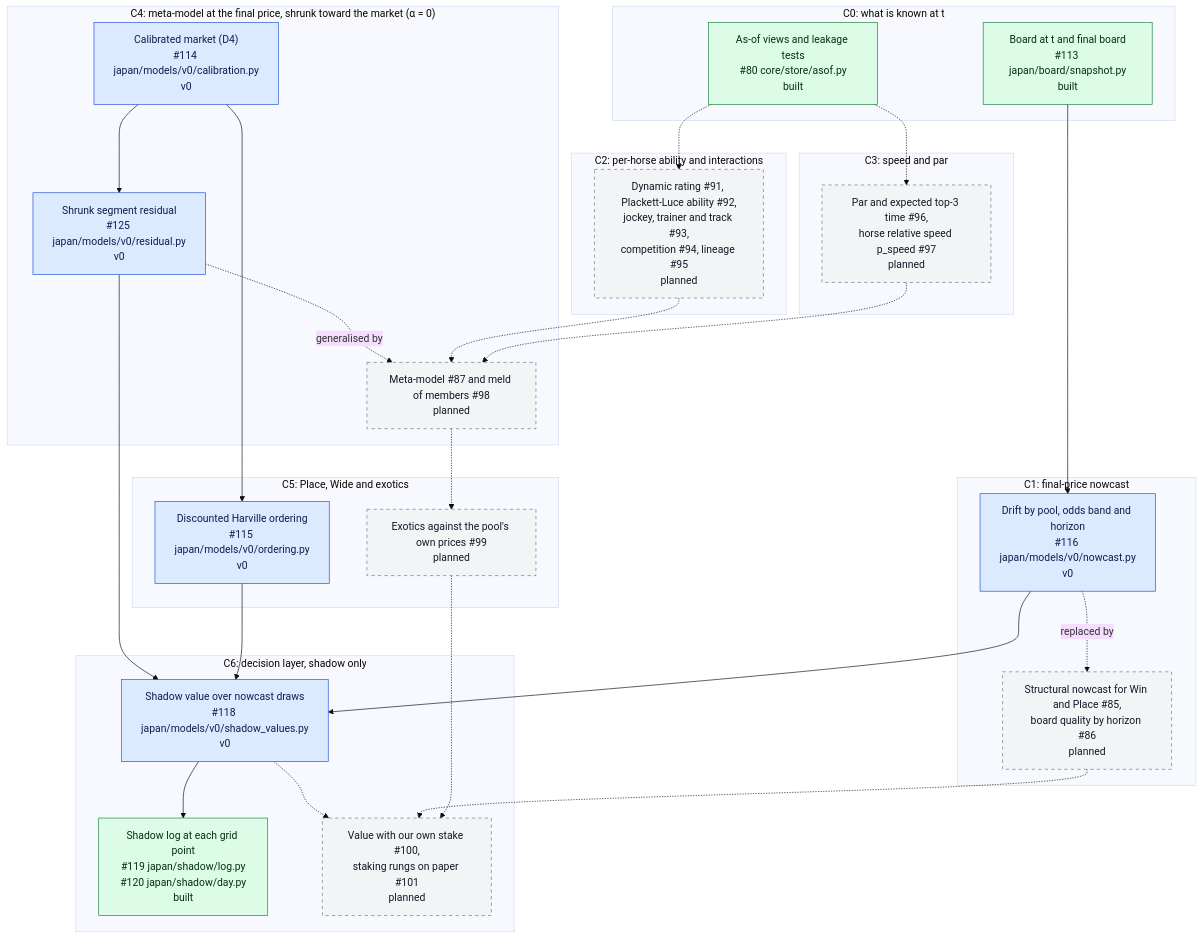
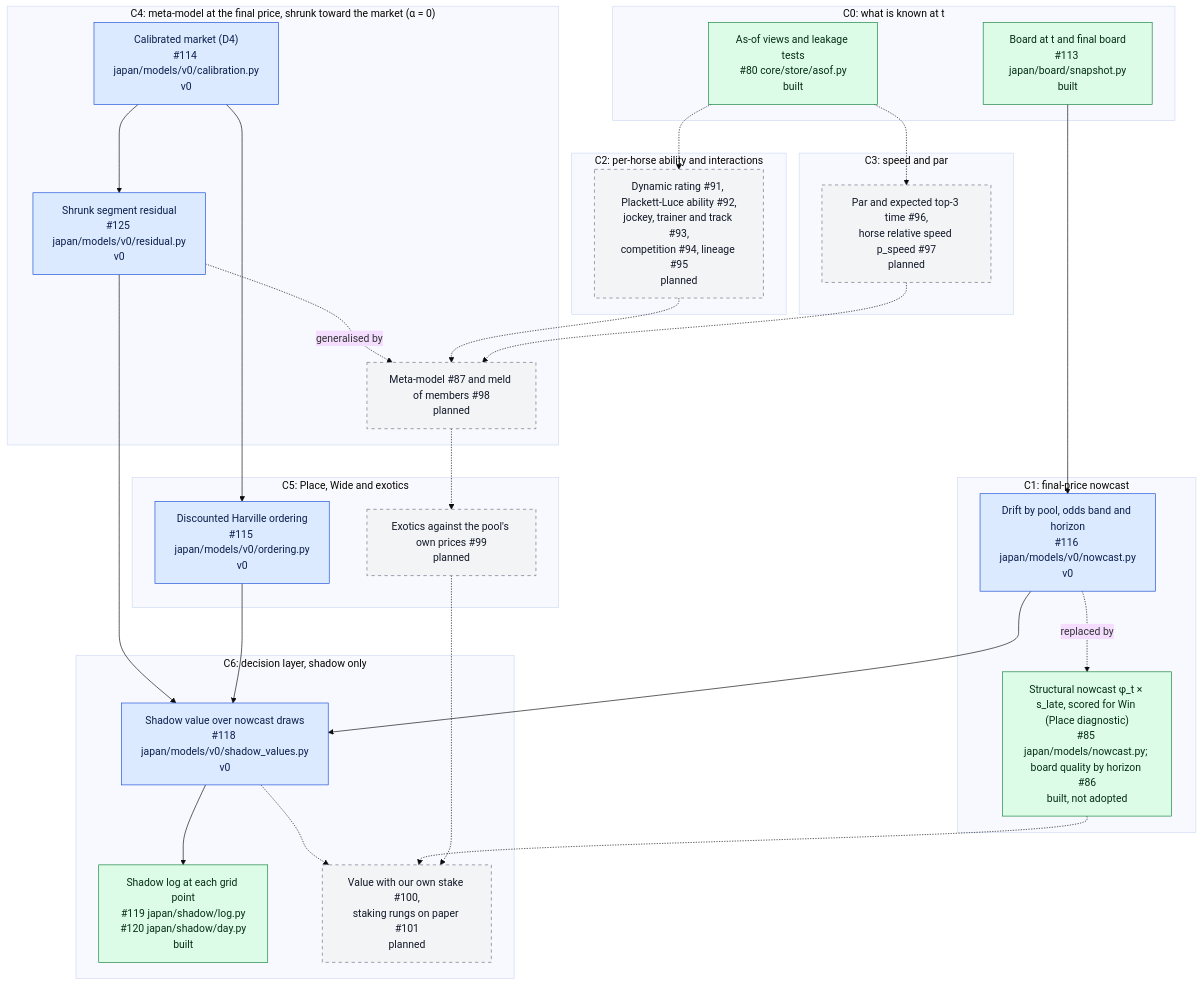
Before and after one commit to rjeskuri/HorseTrackBetting: the second of 6 diagrams in docs/modeling.md, drawn with Mermaid (base theme). The commit also changed 6 other files, not shown here.

````diff
--- a/docs/modeling.md
+++ b/docs/modeling.md
@@ -63,55 +63,55 @@
 ```mermaid
 flowchart TB
     subgraph L0["C0: what is known at t"]
         ASOF["As-of views and leakage tests<br/>#80 core/store/asof.py<br/>built"]
         BOARD["Board at t and final board<br/>#113 japan/board/snapshot.py<br/>built"]
     end
     subgraph L1["C1: final-price nowcast"]
         NC0["Drift by pool, odds band and horizon<br/>#116 japan/models/v0/nowcast.py<br/>v0"]
-        NC1["Structural nowcast for Win and Place #85,<br/>board quality by horizon #86<br/>planned"]
+        NC1["Structural nowcast φ_t × s_late, scored for Win (Place diagnostic)<br/>#85 japan/models/nowcast.py; board quality by horizon #86<br/>built, not adopted"]
     end
     subgraph L2["C2: per-horse ability and interactions"]
         ABIL["Dynamic rating #91, Plackett-Luce ability #92,<br/>jockey, trainer and track #93,<br/>competition #94, lineage #95<br/>planned"]
     end
     subgraph L3["C3: speed and par"]
         SPEED["Par and expected top-3 time #96,<br/>horse relative speed p_speed #97<br/>planned"]
     end
     subgraph L4["C4: meta-model at the final price, shrunk toward the market (α = 0)"]
         CAL["Calibrated market (D4)<br/>#114 japan/models/v0/calibration.py<br/>v0"]
         RES["Shrunk segment residual<br/>#125 japan/models/v0/residual.py<br/>v0"]
         META["Meta-model #87 and meld of members #98<br/>planned"]
     end
     subgraph L5["C5: Place, Wide and exotics"]
         ORD["Discounted Harville ordering<br/>#115 japan/models/v0/ordering.py<br/>v0"]
         EXO["Exotics against the pool's own prices #99<br/>planned"]
     end
     subgraph L6["C6: decision layer, shadow only"]
         SV["Shadow value over nowcast draws<br/>#118 japan/models/v0/shadow_values.py<br/>v0"]
         SLOG["Shadow log at each grid point<br/>#119 japan/shadow/log.py<br/>#120 japan/shadow/day.py<br/>built"]
         STAKE["Value with our own stake #100,<br/>staking rungs on paper #101<br/>planned"]
     end
     BOARD --> NC0
     NC0 -.->|"replaced by"| NC1
     ASOF -.-> ABIL
     ASOF -.-> SPEED
     CAL --> RES
     CAL --> ORD
     RES -.->|"generalised by"| META
     ABIL -.-> META
     SPEED -.-> META
     META -.-> EXO
     RES --> SV
     ORD --> SV
     NC0 --> SV
     SV --> SLOG
     SV -.-> STAKE
     NC1 -.-> STAKE
     EXO -.-> STAKE
 
     classDef v0 fill:#dbeafe,stroke:#1d4ed8,color:#0b1f4d
     classDef built fill:#dcfce7,stroke:#15803d,color:#052e16
     classDef planned fill:#f3f4f6,stroke:#6b7280,stroke-dasharray: 5 5,color:#111827
     class NC0,CAL,RES,ORD,SV v0
-    class ASOF,BOARD,SLOG built
-    class NC1,ABIL,SPEED,META,EXO,STAKE planned
+    class ASOF,BOARD,SLOG,NC1 built
+    class ABIL,SPEED,META,EXO,STAKE planned
 ```
````
